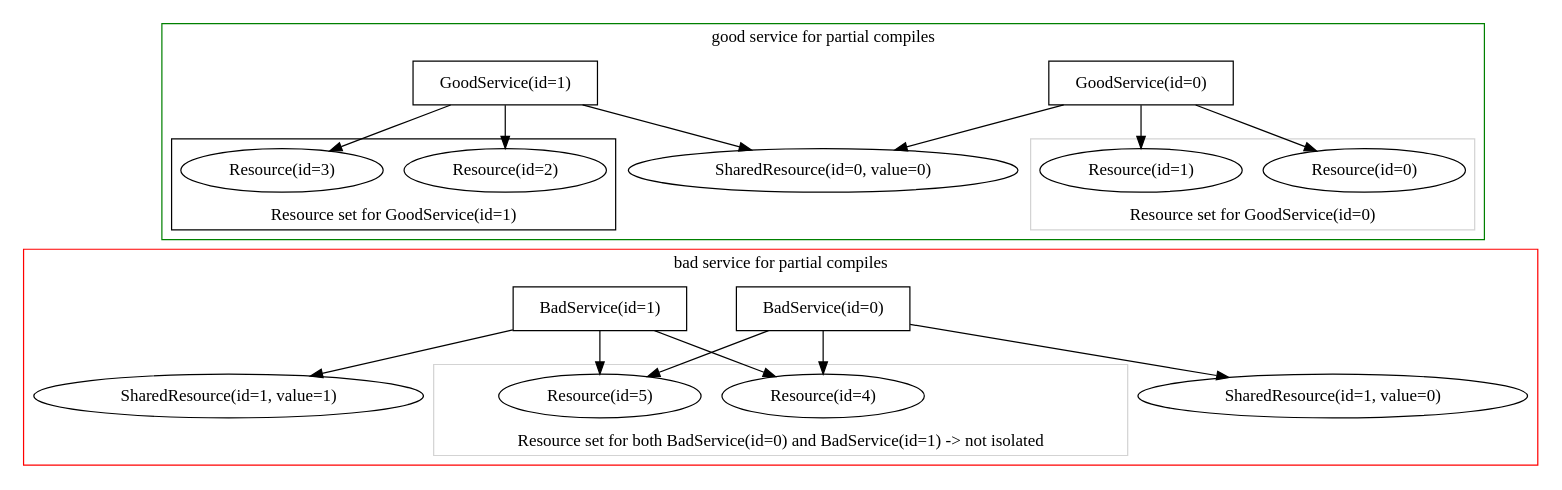
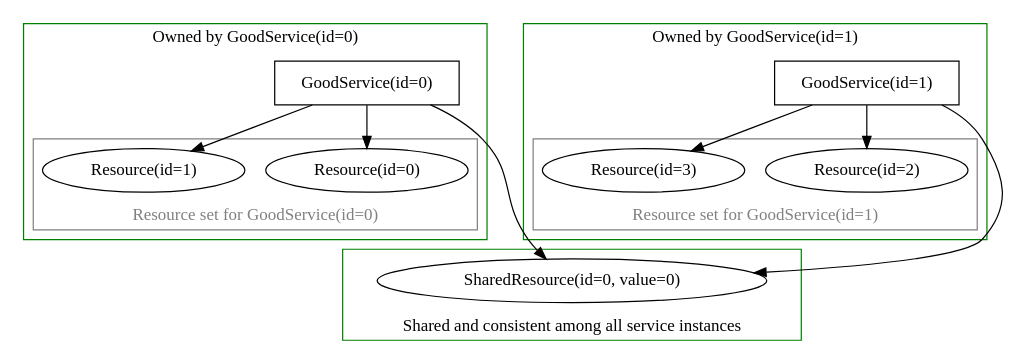
One commit to inmanta/inmanta-core changed the first of 5 diagrams in docs/resource_sets.rst. Above: the diagram before and after it, drawn with Graphviz. The commit also changed other lines of this file, not shown here.

```diff
--- a/docs/resource_sets.rst
+++ b/docs/resource_sets.rst
@@ -126,56 +115,40 @@
-.. digraph:: resource_sets_generic
-    :caption: A good and a bad service for partial compiles.
+.. digraph:: resource_sets_good
+    :caption: A good service for partial compiles.
 
-    subgraph cluster_good_service {
+    subgraph cluster_service_good0 {
         "GoodService(id=0)" [shape=rectangle];
-        "GoodService(id=1)" [shape=rectangle];
         "GoodService(id=0)" -> subgraph cluster_resources_good0 {
             "Resource(id=0)";
             "Resource(id=1)";
-            color = "lightgrey";
+            color = "grey";
+            fontcolor = "grey";
             label = "Resource set for GoodService(id=0)";
             labelloc = "bottom";
         }
+        label = "Owned by GoodService(id=0)";
+        labelloc = "top";
+        color="green";
+    }
+    subgraph cluster_service_good1 {
+        "GoodService(id=1)" [shape=rectangle];
         "GoodService(id=1)" -> subgraph cluster_resources_good1 {
             "Resource(id=2)";
             "Resource(id=3)";
+            color = "grey";
+            fontcolor = "grey";
             label = "Resource set for GoodService(id=1)";
             labelloc = "bottom";
         }
-        { "GoodService(id=0)" "GoodService(id=1)" } -> {
-            "SharedResource(id=0, value=0)";
-             # force second row to limit rendered width
-            #rank = sink;
-        }
-        color = "green";
-        label = "good service for partial compiles";
+        label = "Owned by GoodService(id=1)";
         labelloc = "top";
-        rank = source;
+        color="green";
+    }
+    { "GoodService(id=0)" "GoodService(id=1)" } -> subgraph cluster_resources_good_shared {
+        "SharedResource(id=0, value=0)";
+        label = "Shared and consistent among all service instances";
+        labelloc = "bottom";
+        color="green";
     }
 
-    subgraph cluster_bad_service {
-        "BadService(id=0)" [shape=rectangle];
-        "BadService(id=1)" [shape=rectangle];
-        { "BadService(id=0)", "BadService(id=1)" } -> subgraph cluster_resources_bad {
-            "Resource(id=4)";
-            "Resource(id=5)";
-            color = "lightgrey";
-            label = "Resource set for both BadService(id=0) and BadService(id=1) -> not isolated";
-            labelloc = "bottom";
-        }
-        {
-            "SharedResource(id=1, value=0)";
-            "SharedResource(id=1, value=1)";
-            # force second row to limit rendered width
-            #rank = sink;
-        }
-        "BadService(id=0)" -> "SharedResource(id=1, value=0)";
-        "BadService(id=1)" -> "SharedResource(id=1, value=1)";
-
-        color = "red";
-        label = "bad service for partial compiles";
-        labelloc = "top";
-        rank = sink;
-    }
-
-    "SharedResource(id=0, value=0)" -> "BadService(id=0)" [tail=cluster_bad_service, style=invis];
+    # force rendering on multiple ranks
+    {"Resource(id=0)" "Resource(id=1)" "Resource(id=2)" "Resource(id=3)"} -> "SharedResource(id=0, value=0)" [style="invis"]
```
